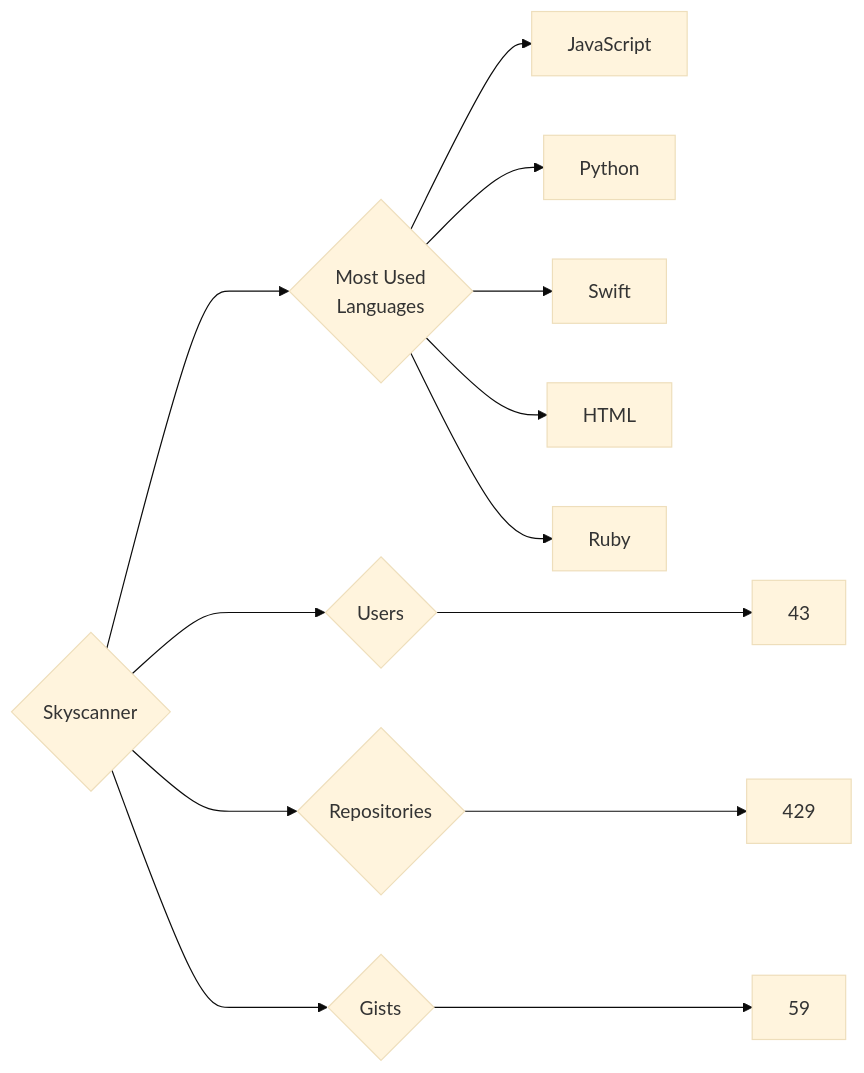
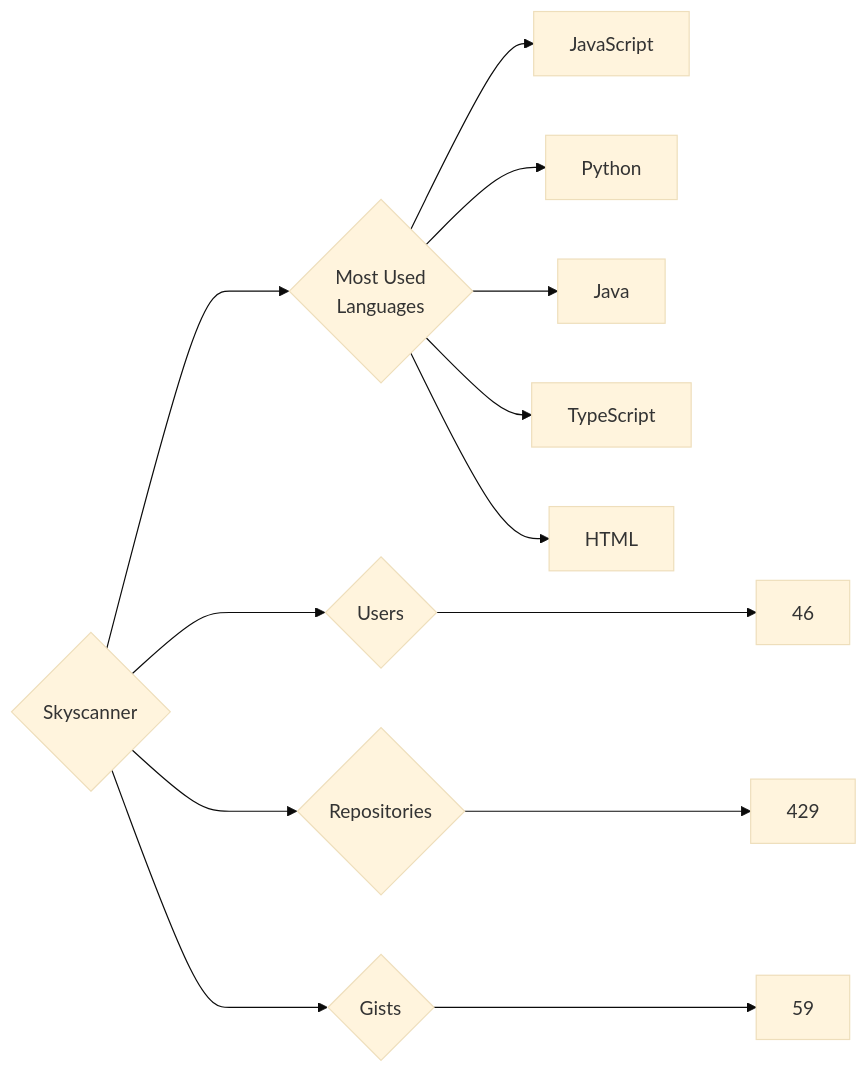
The diagram in targets/Skyscanner/README.md (trickest/insiders), drawn with Mermaid (base theme) before and after one commit. The commit also changed 773 other files, not shown here.

````diff
--- a/targets/Skyscanner/README.md
+++ b/targets/Skyscanner/README.md
@@ -3,13 +3,13 @@
 ```mermaid
 graph LR
 COMPANY_NAME{Skyscanner}
-COMPANY_NAME ---> U{Users} ---> UN[43]
+COMPANY_NAME ---> U{Users} ---> UN[46]
 COMPANY_NAME ---> R{Repositories} ---> RN[429]
 COMPANY_NAME ---> G{Gists} ---> GN[59]
 COMPANY_NAME ---> ML{Most Used<br>Languages}
 ML --> JavaScript[JavaScript]
 ML --> Python[Python]
-ML --> Swift[Swift]
+ML --> Java[Java]
+ML --> TypeScript[TypeScript]
 ML --> HTML[HTML]
-ML --> Ruby[Ruby]
 ```
````
